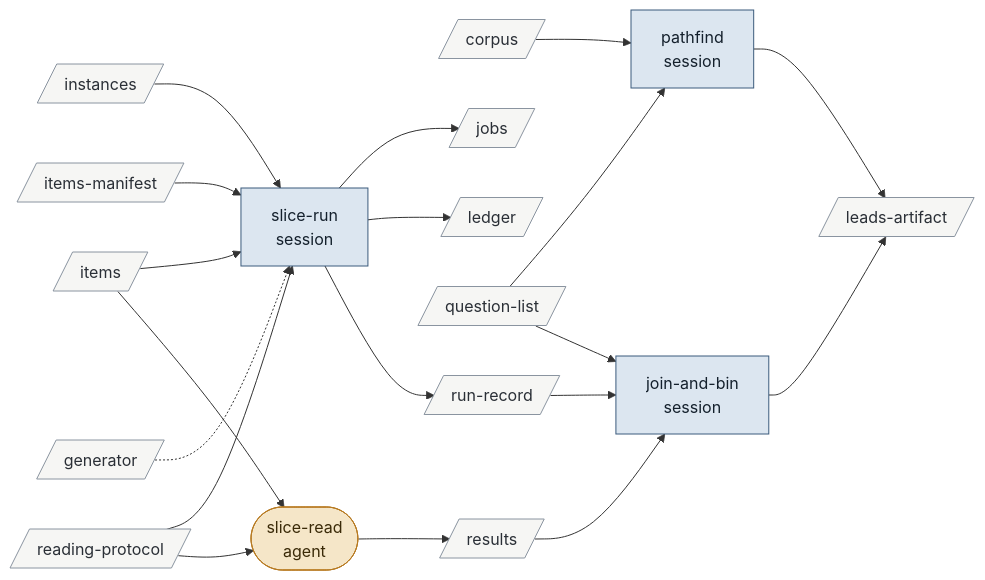
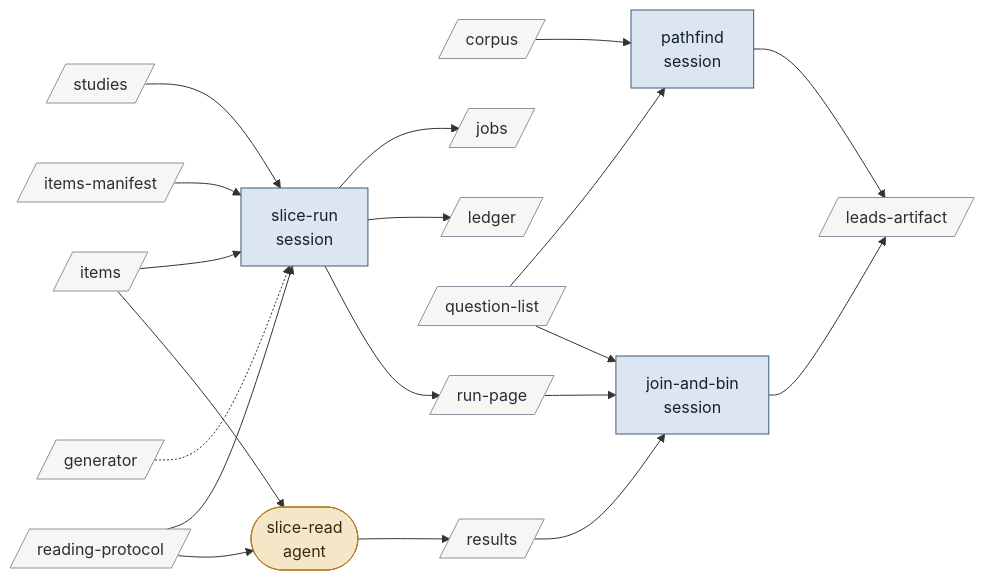
One commit to bc414/StoryPlanner changed diagram 11 of 15 in .claude/skills/v3-buildout-2/map.md. Above: the diagram before and after it, drawn with Mermaid. The commit also changed other lines of this file and 32 other files, not shown here.

````diff
--- a/.claude/skills/v3-buildout-2/map.md
+++ b/.claude/skills/v3-buildout-2/map.md
@@ -465,44 +465,44 @@
 ```mermaid
 flowchart LR
   classDef hitl fill:#e9d8e4,stroke:#7a3e6d,color:#2b1a27
   classDef session fill:#dce6f0,stroke:#3b5b7c,color:#14202c
   classDef agent fill:#f5e6c8,stroke:#b7791f,color:#3a2a08
   classDef artifact fill:#f6f6f4,stroke:#8a94a0,color:#2a2f36
   classDef activity fill:#dcebdd,stroke:#4b7f52,color:#122816
   classDef terminus fill:#e4e4ea,stroke:#5b5b7a,color:#1c1c2c
   pathfind["pathfind<br/>session"]:::session
   slicerun["slice-run<br/>session"]:::session
   sliceread(["slice-read<br/>agent"]):::agent
   joinandbin["join-and-bin<br/>session"]:::session
   corpus[/"corpus"/]:::artifact
   generator[/"generator"/]:::artifact
-  instances[/"instances"/]:::artifact
   items[/"items"/]:::artifact
   itemsmanifest[/"items-manifest"/]:::artifact
   jobs[/"jobs"/]:::artifact
   leadsartifact[/"leads-artifact"/]:::artifact
   ledger[/"ledger"/]:::artifact
   questionlist[/"question-list"/]:::artifact
   readingprotocol[/"reading-protocol"/]:::artifact
   results[/"results"/]:::artifact
-  runrecord[/"run-record"/]:::artifact
+  runpage[/"run-page"/]:::artifact
+  studies[/"studies"/]:::artifact
 
   corpus --> pathfind
   questionlist --> pathfind
   pathfind --> leadsartifact
-  instances --> slicerun
+  studies --> slicerun
   items --> slicerun
   itemsmanifest --> slicerun
   readingprotocol --> slicerun
   generator -.-> slicerun
   slicerun --> jobs
   slicerun --> ledger
-  slicerun --> runrecord
+  slicerun --> runpage
   readingprotocol --> sliceread
   items --> sliceread
   sliceread --> results
   results --> joinandbin
-  runrecord --> joinandbin
+  runpage --> joinandbin
   questionlist --> joinandbin
   joinandbin --> leadsartifact
 ```
````
